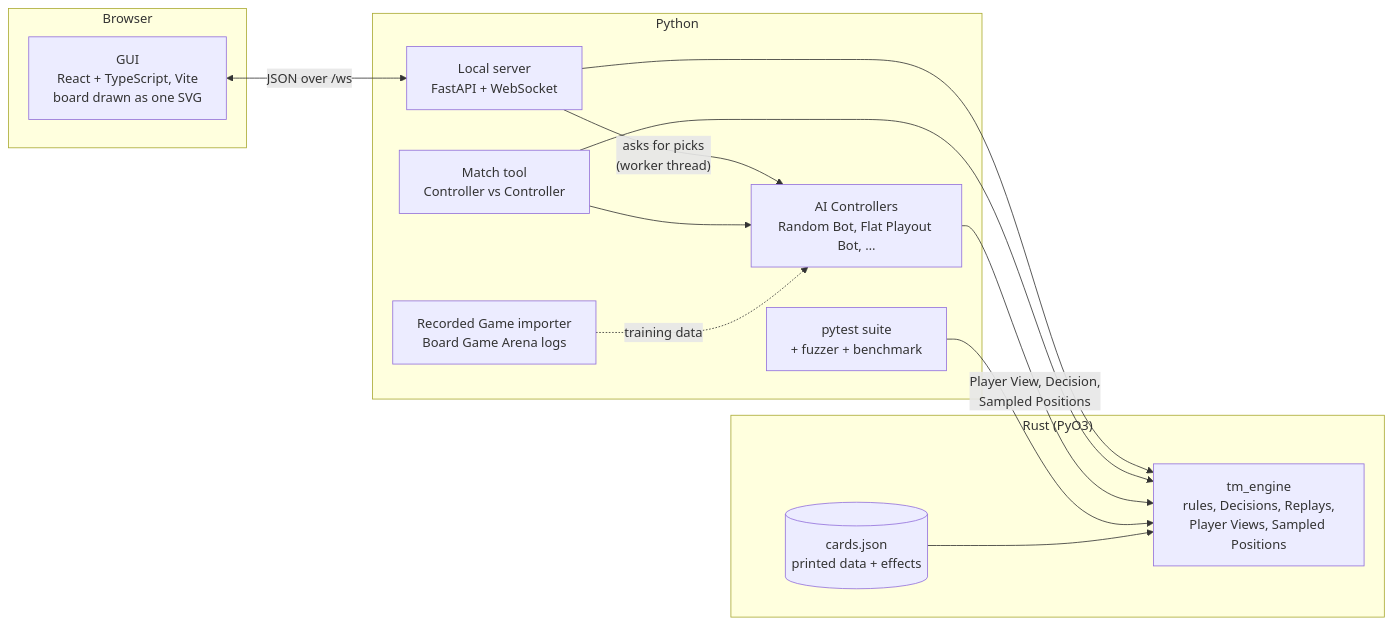
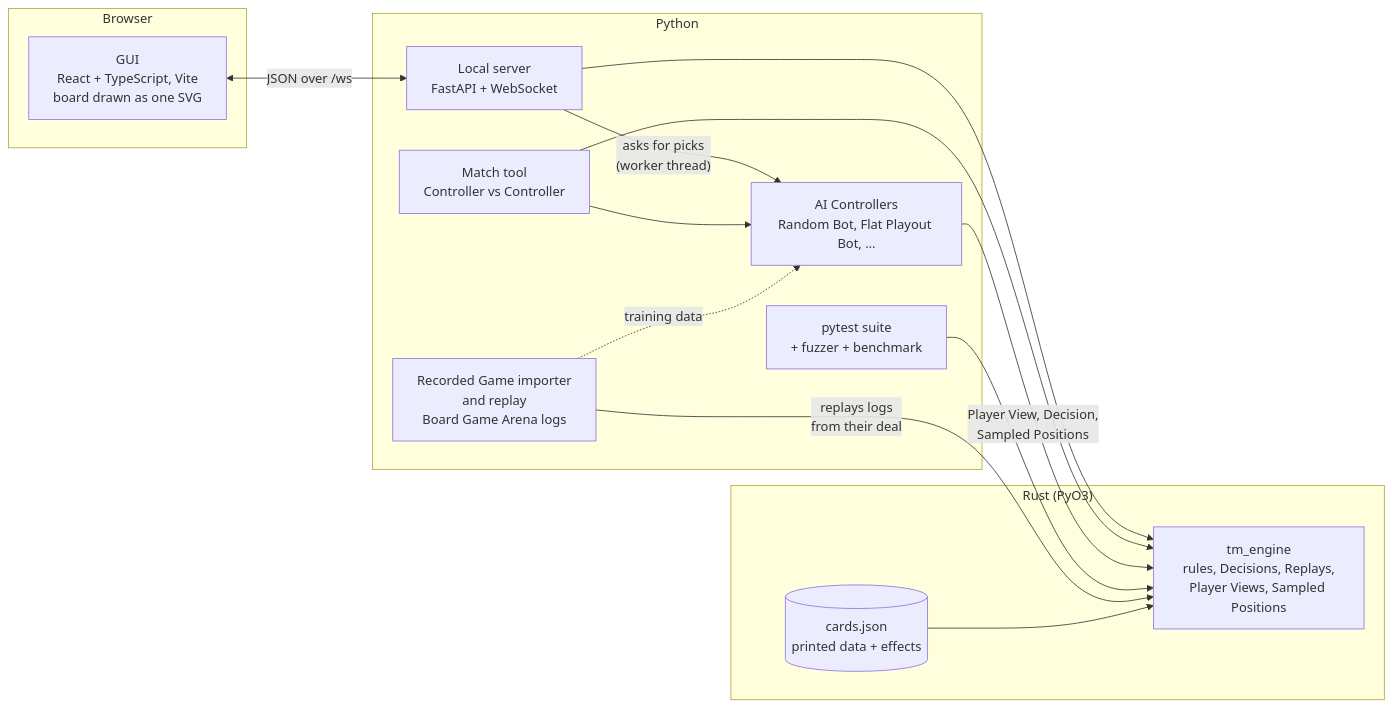
One commit to niels32167/tfm-with-bots changed the first of 7 diagrams in README.md. Above: the diagram before and after it, drawn with Mermaid. The commit also changed other lines of this file, not shown here.

Commit message:
Show ticket 10's replay in the README

````diff
--- a/README.md
+++ b/README.md
@@ -99,26 +100,27 @@
 ```mermaid
 flowchart LR
     subgraph Browser
         GUI["GUI<br/>React + TypeScript, Vite<br/>board drawn as one SVG"]
     end
     subgraph Python
         Server["Local server<br/>FastAPI + WebSocket"]
         AI["AI Controllers<br/>Random Bot, Flat Playout Bot, …"]
         Match["Match tool<br/>Controller vs Controller"]
         Tests["pytest suite<br/>+ fuzzer + benchmark"]
-        Importer["Recorded Game importer<br/>Board Game Arena logs"]
+        Importer["Recorded Game importer<br/>and replay<br/>Board Game Arena logs"]
     end
     subgraph Rust["Rust (PyO3)"]
         Engine["tm_engine<br/>rules, Decisions, Replays,<br/>Player Views, Sampled Positions"]
         Cards[("cards.json<br/>printed data + effects")]
     end
     GUI <-->|"JSON over /ws"| Server
     Server --> Engine
     Server -->|"asks for picks<br/>(worker thread)"| AI
     Match --> AI
     Match --> Engine
     AI -->|"Player View, Decision,<br/>Sampled Positions"| Engine
     Tests --> Engine
+    Importer -->|"replays logs<br/>from their deal"| Engine
     Importer -.->|"training data"| AI
     Cards --> Engine
 ```
````
